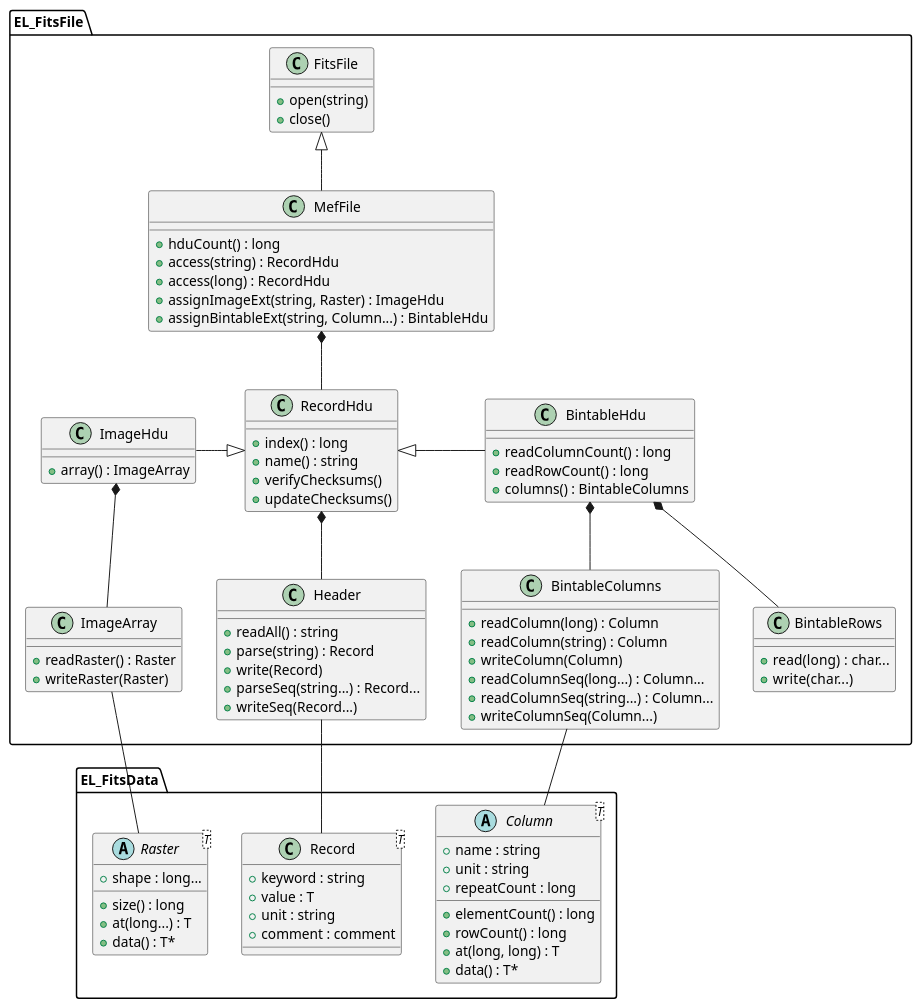
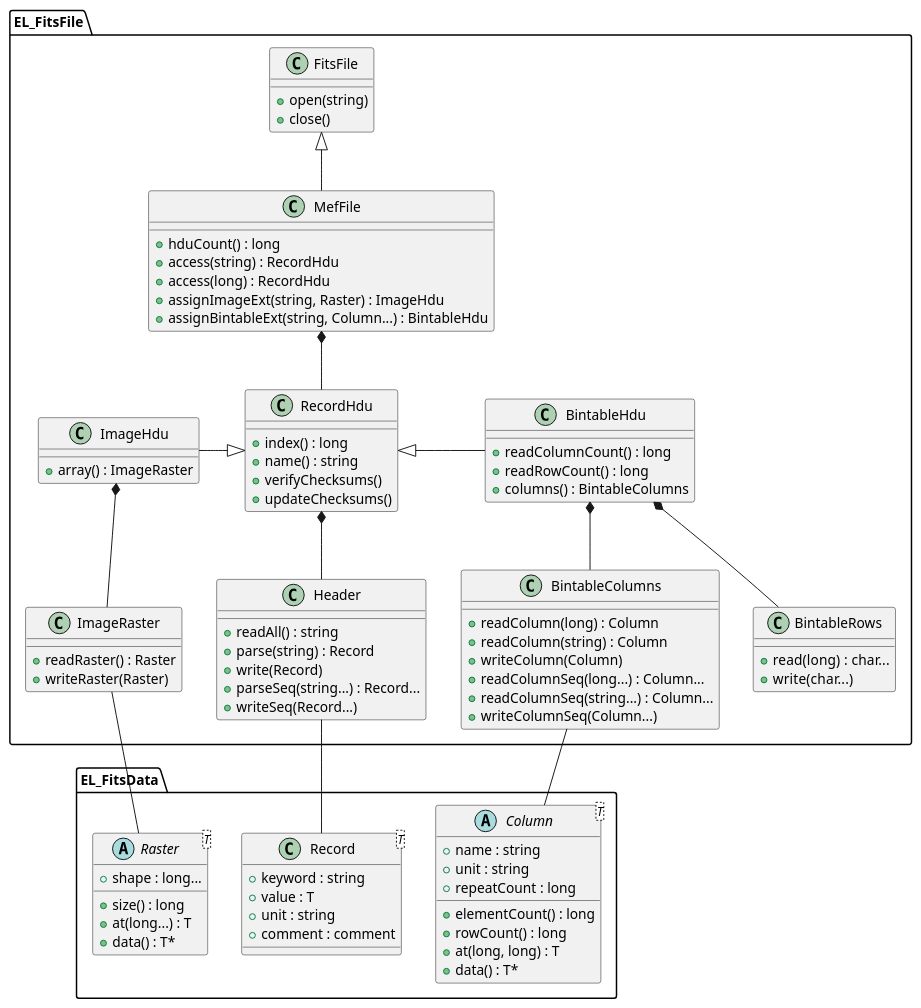
The diagram in doc/diagrams/src/MefFile.puml (CNES/EleFits), drawn with PlantUML before and after one commit. The commit also changed 27 other files, not shown here.

Commit message:
WIP: Move image HDU data handling to ImageRaster

```diff
--- a/doc/diagrams/src/MefFile.puml
+++ b/doc/diagrams/src/MefFile.puml
@@ -1,102 +1,102 @@
 @startuml
 package EL_FitsData {
 
 class Record<T> {
 + keyword : string
 + value : T
 + unit : string
 + comment : comment
 }
 
 abstract class Raster<T> {
 + shape : long...
 + size() : long
 + at(long...) : T
 + data() : T*
 }
 
 abstract class Column<T> {
 + name : string
 + unit : string
 + repeatCount : long
 + elementCount() : long
 + rowCount() : long
 + at(long, long) : T
 + data() : T*
 }
 
 }
 
 package EL_FitsFile {
 
 class FitsFile {
 + open(string)
 + close()
 }
 
 class MefFile {
 + hduCount() : long
 + access(string) : RecordHdu
 + access(long) : RecordHdu
 + assignImageExt(string, Raster) : ImageHdu
 + assignBintableExt(string, Column...) : BintableHdu
 }
 
 class RecordHdu {
 + index() : long
 + name() : string
 + verifyChecksums()
 + updateChecksums()
 }
 
 class ImageHdu {
-+ array() : ImageArray
++ array() : ImageRaster
 }
 
 class BintableHdu {
 + readColumnCount() : long
 + readRowCount() : long
 + columns() : BintableColumns
 }
 
 class Header {
 + readAll() : string
 + parse(string) : Record
 + write(Record)
 + parseSeq(string...) : Record...
 + writeSeq(Record...)
 }
 
-class ImageArray {
+class ImageRaster {
 + readRaster() : Raster
 + writeRaster(Raster)
 }
 
 class BintableColumns {
 + readColumn(long) : Column
 + readColumn(string) : Column
 + writeColumn(Column)
 + readColumnSeq(long...) : Column...
 + readColumnSeq(string...) : Column...
 + writeColumnSeq(Column...)
 }
 
 class BintableRows {
 + read(long) : char...
 + write(char...)
 }
 
 }
 
 FitsFile <|-- MefFile
 ImageHdu -|> RecordHdu
 RecordHdu <|- BintableHdu
 RecordHdu *-- Header
-ImageHdu *-- ImageArray
+ImageHdu *-- ImageRaster
 BintableHdu *-- BintableColumns
 BintableHdu *-- BintableRows
 MefFile *-- RecordHdu
 Header -- Record
-ImageArray -- Raster
+ImageRaster -- Raster
 BintableColumns -- Column
 @enduml
```
